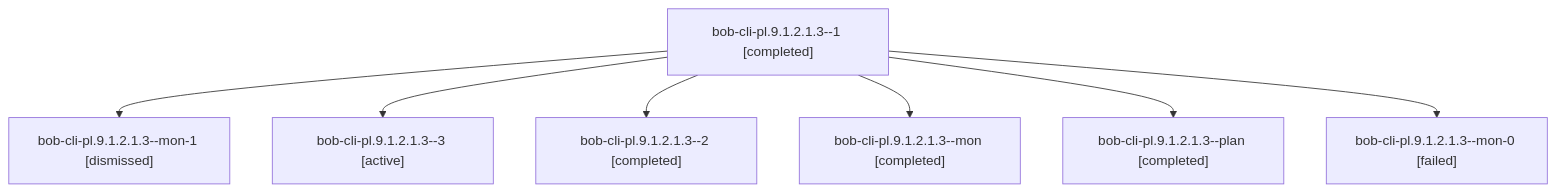
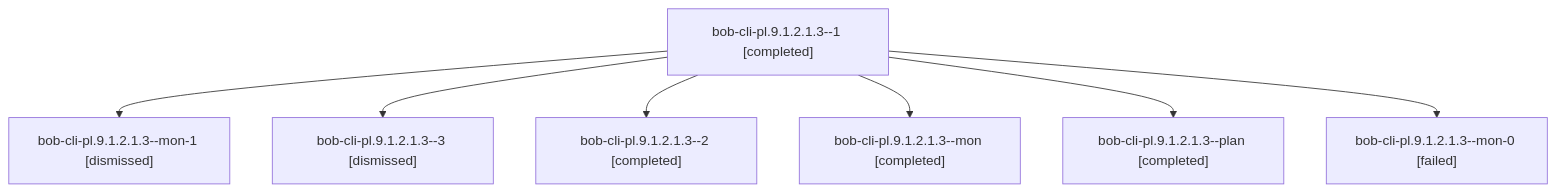
Before and after one commit to bobs-org/bob-cli--agents: the diagram in sessions/bbugyi200.apollo.bob-cli-pl.9.1.2.1.3.md, drawn with Mermaid. The commit also changed other lines of this file and 162 other files, not shown here.

````diff
--- a/sessions/bbugyi200.apollo.bob-cli-pl.9.1.2.1.3.md
+++ b/sessions/bbugyi200.apollo.bob-cli-pl.9.1.2.1.3.md
@@ -9,16 +9,16 @@
 ```mermaid
 flowchart TD
   n0["bob-cli-pl.9.1.2.1.3--1 [completed]"]
   n1["bob-cli-pl.9.1.2.1.3--mon-1 [dismissed]"]
   n0 --> n1
-  n2["bob-cli-pl.9.1.2.1.3--3 [active]"]
+  n2["bob-cli-pl.9.1.2.1.3--3 [dismissed]"]
   n0 --> n2
   n3["bob-cli-pl.9.1.2.1.3--2 [completed]"]
   n0 --> n3
   n4["bob-cli-pl.9.1.2.1.3--mon [completed]"]
   n0 --> n4
   n5["bob-cli-pl.9.1.2.1.3--plan [completed]"]
   n0 --> n5
   n6["bob-cli-pl.9.1.2.1.3--mon-0 [failed]"]
   n0 --> n6
 ```
````
